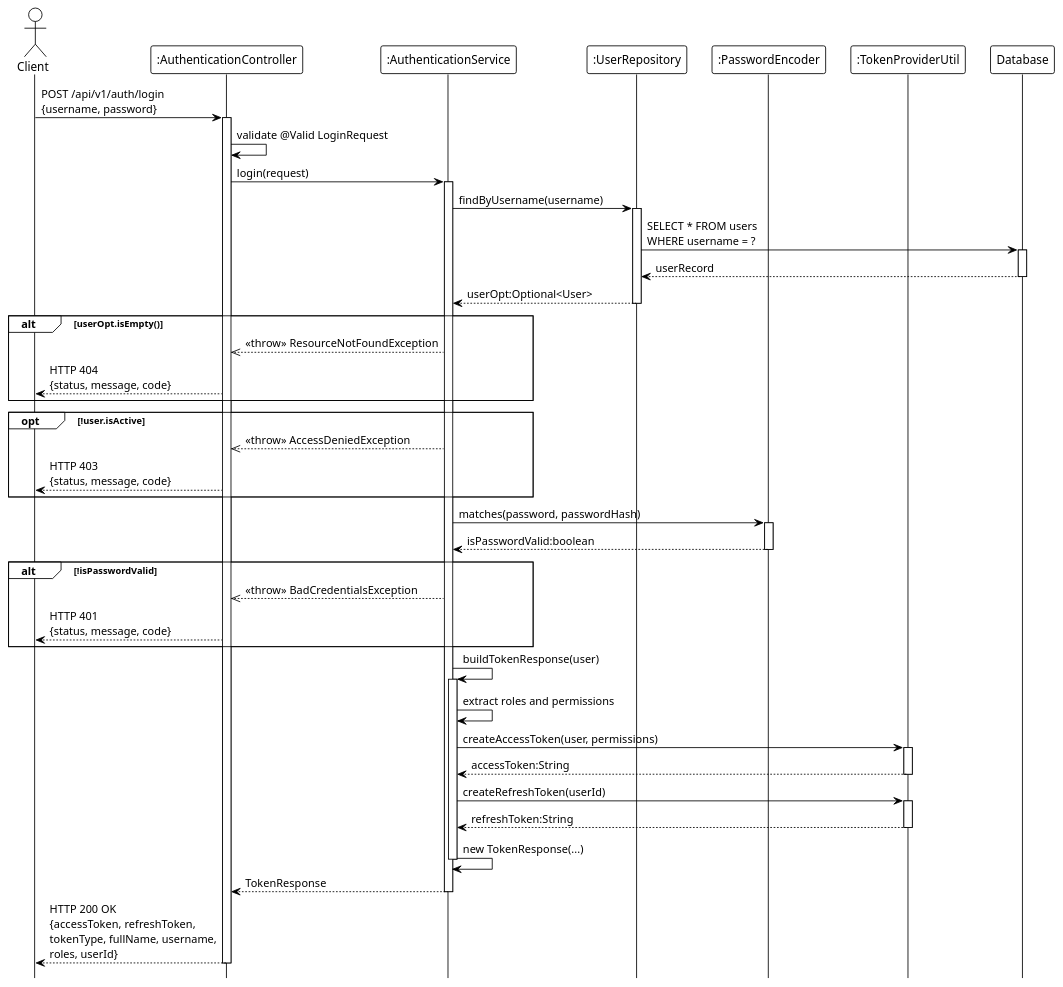
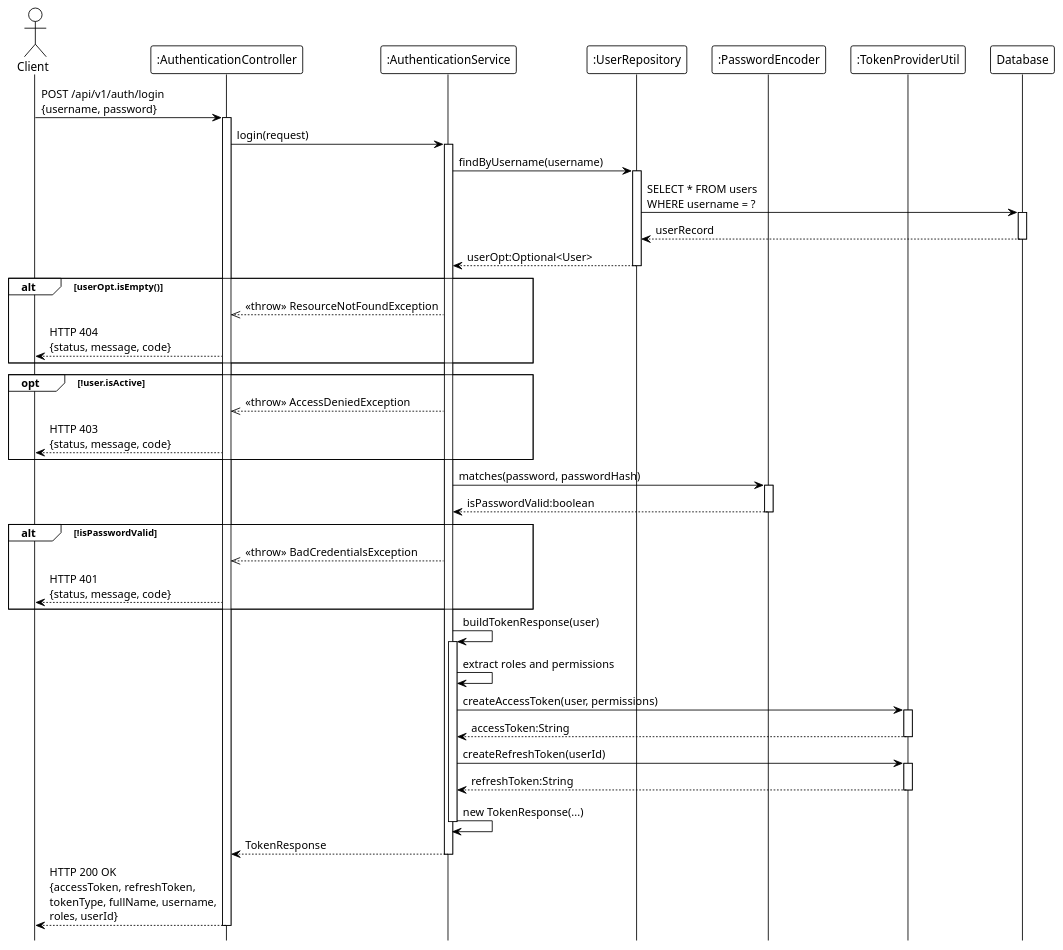
One commit to Ndh474/context changed the diagram in system_detailed_design/01_sign_in_with_username_and_password/sequence_diagram_sign_in_with_username_and_password.puml. Above: the diagram before and after it, drawn with PlantUML. The commit also changed 12 other files, not shown here.

Commit message:
feat(diagrams): Add class and sequence diagrams for Forgot Password and Reset Password functionalities; update class diagram rules for naming conventions

```diff
--- a/system_detailed_design/01_sign_in_with_username_and_password/sequence_diagram_sign_in_with_username_and_password.puml
+++ b/system_detailed_design/01_sign_in_with_username_and_password/sequence_diagram_sign_in_with_username_and_password.puml
@@ -1,75 +1,74 @@
 @startuml Sign In with Username and Password
 !theme plain
 hide footbox
 
 actor Client
 participant ":AuthenticationController" as Controller
 participant ":AuthenticationService" as Service
 participant ":UserRepository" as Repository
 participant ":PasswordEncoder" as Encoder
 participant ":TokenProviderUtil" as TokenProvider
 participant "Database" as DB
 
 Client -> Controller: POST /api/v1/auth/login\n{username, password}
 activate Controller
 
-Controller -> Controller: validate @Valid LoginRequest
 Controller -> Service: login(request)
 activate Service
 
 Service -> Repository: findByUsername(username)
 activate Repository
 
 Repository -> DB: SELECT * FROM users\nWHERE username = ?
 activate DB
 DB --> Repository: userRecord
 deactivate DB
 
 Repository --> Service: userOpt:Optional<User>
 deactivate Repository
 
 alt userOpt.isEmpty()
     Service -->> Controller: <<throw>> ResourceNotFoundException
     Controller --> Client: HTTP 404\n{status, message, code}
 end
 
 opt !user.isActive
     Service -->> Controller: <<throw>> AccessDeniedException
     Controller --> Client: HTTP 403\n{status, message, code}
 end
 
 Service -> Encoder: matches(password, passwordHash)
 activate Encoder
 Encoder --> Service: isPasswordValid:boolean
 deactivate Encoder
 
 alt !isPasswordValid
     Service -->> Controller: <<throw>> BadCredentialsException
     Controller --> Client: HTTP 401\n{status, message, code}
 end
 
 Service -> Service: buildTokenResponse(user)
 activate Service
 
 Service -> Service: extract roles and permissions
 
 Service -> TokenProvider: createAccessToken(user, permissions)
 activate TokenProvider
 TokenProvider --> Service: accessToken:String
 deactivate TokenProvider
 
 Service -> TokenProvider: createRefreshToken(userId)
 activate TokenProvider
 TokenProvider --> Service: refreshToken:String
 deactivate TokenProvider
 
 Service -> Service: new TokenResponse(...)
 deactivate Service
 
 Service --> Controller: TokenResponse
 deactivate Service
 
 Controller --> Client: HTTP 200 OK\n{accessToken, refreshToken,\ntokenType, fullName, username,\nroles, userId}
 deactivate Controller
 
 @enduml
```
